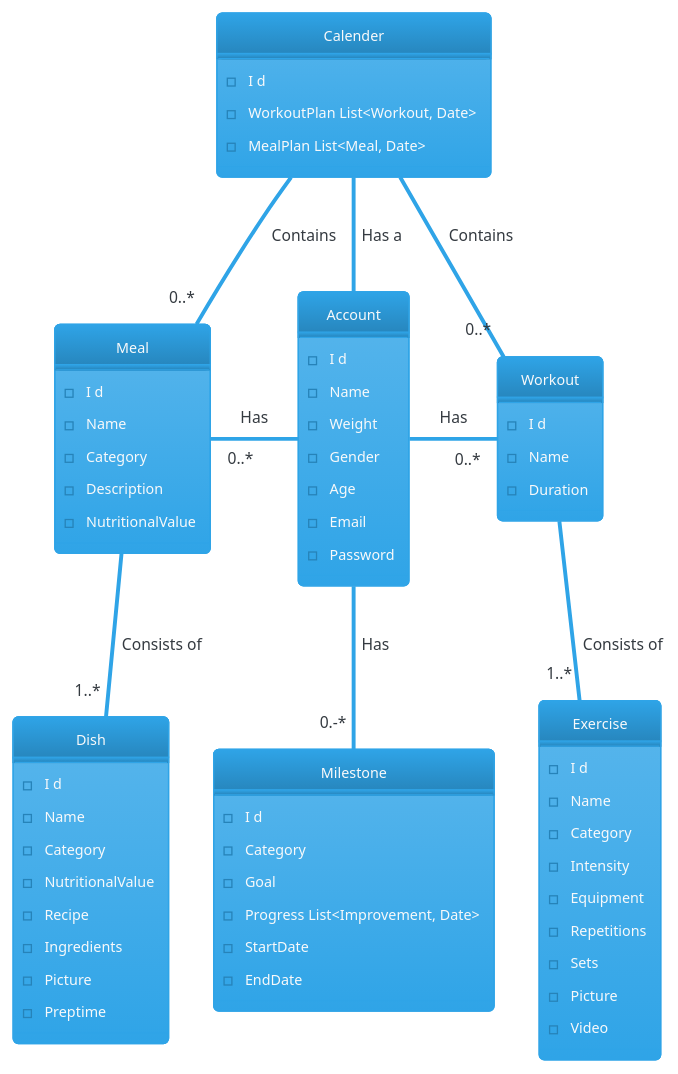
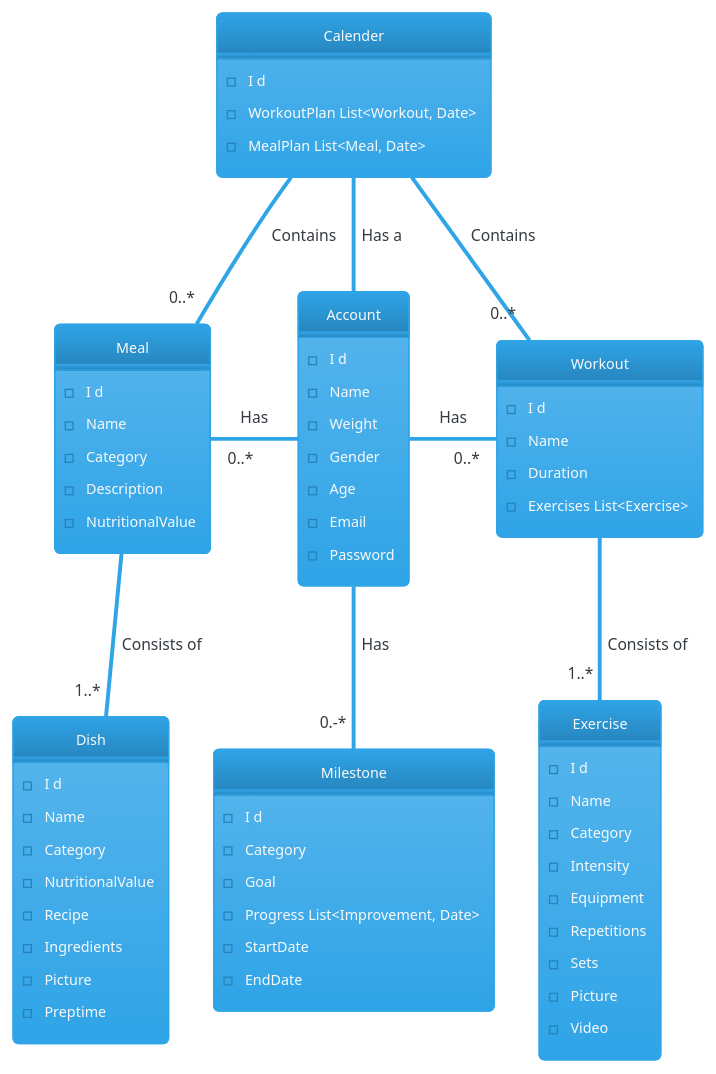
One commit to MartinStokholm/PRJ4_Repo changed the diagram in UML/PlanUML/DomainModel.puml. Above: the diagram before and after it, drawn with PlantUML.

Commit message:
Updated Domain Model

```diff
--- a/UML/PlanUML/DomainModel.puml
+++ b/UML/PlanUML/DomainModel.puml
@@ -1,83 +1,84 @@
 @startuml Domain Model
 ' !theme carbon-gray
 ' !theme plain
 ' !theme aws-orange
 ' !theme materia
 !theme cerulean
 hide circle
 ' hide members
 
 class Calender {
     - I d
     - WorkoutPlan List<Workout, Date> 
     - MealPlan List<Meal, Date> 
 }
 
 class Account {
     - I d
     - Name
     - Weight
     - Gender
     - Age
     - Email 
     - Password
 }
 
 Class Workout {
     - I d
     - Name 
     - Duration
+    - Exercises List<Exercise>
 }
 
 class Exercise {
     - I d
     - Name 
     - Category
     - Intensity
     - Equipment
     - Repetitions
     - Sets
     - Picture
     - Video
 }
 
 class Meal {
     - I d 
     - Name 
     - Category
     - Description
     - NutritionalValue
 }
 
 class Dish {
     - I d
     - Name 
     - Category
     - NutritionalValue
     - Recipe
     - Ingredients
     - Picture
     - Preptime
 }
 
 class Milestone {
     - I d
     - Category
     - Goal
     - Progress List<Improvement, Date>
     - StartDate
     - EndDate 
 }
 
 Account  -l- "0..*" Meal : Has 
 Account  -u- Calender : Has a
 Account  -r-  "0..*"Workout : Has 
 Account  -d- "0.-*" Milestone : Has 
 
 Meal -d- "1..*" Dish : Consists of 
 Workout -d- "1..*" Exercise : Consists of
 
 Calender -- "0..*" Workout : Contains
 Calender -- "0..*" Meal : Contains
 
 @enduml
```
